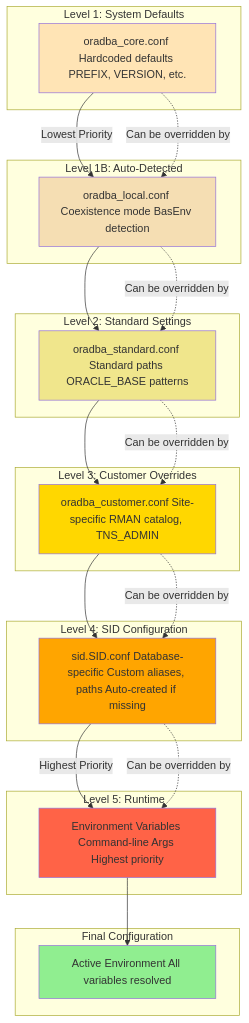
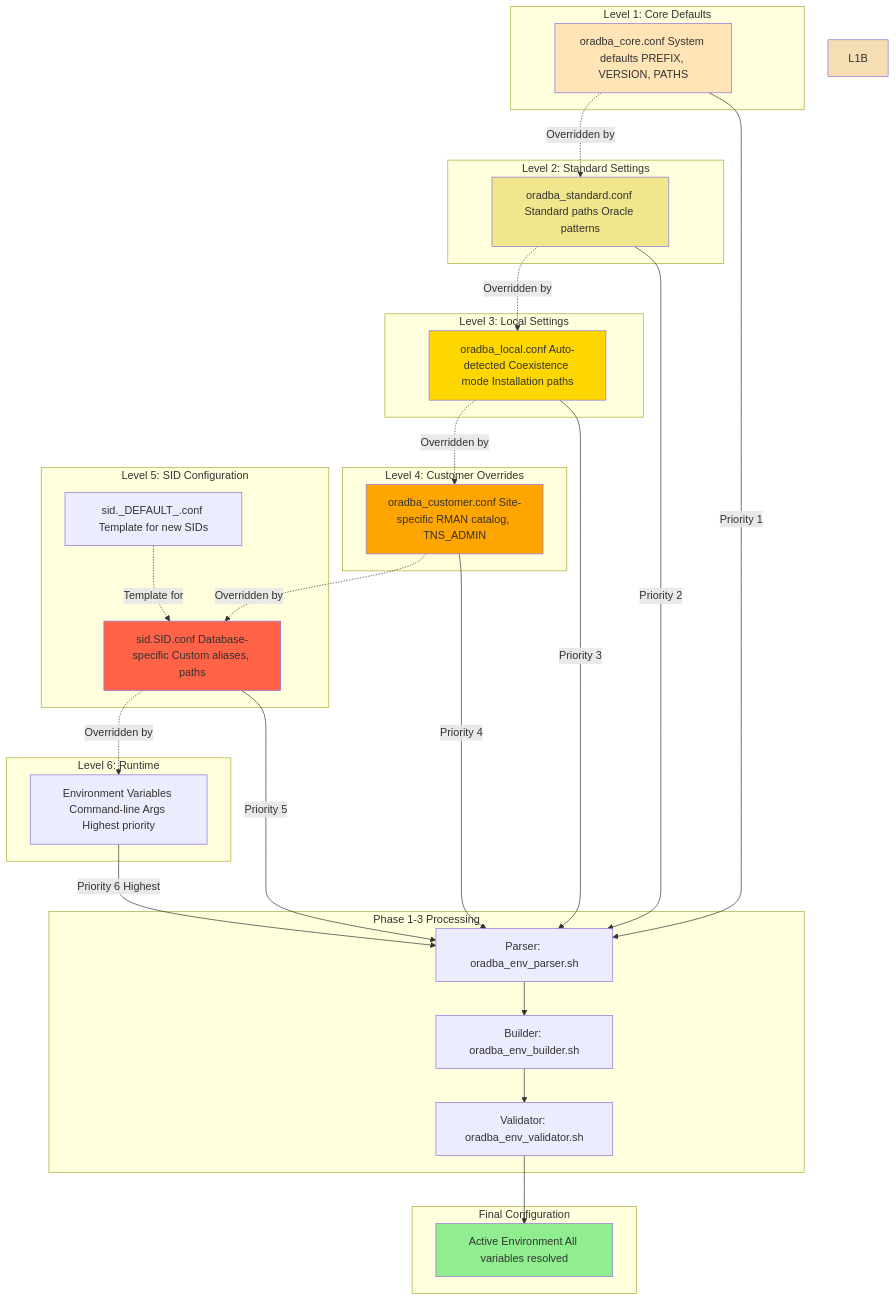
Before and after one commit to oehrlis/oradba: the eighth of 13 diagrams in doc/images/source/diagrams-mermaid.md, drawn with Mermaid. The commit also changed other lines of this file, not shown here.

First line of the commit message:
Phase 5.3: Update Mermaid diagrams for Phase 1-4 configuration system

````diff
--- a/doc/images/source/diagrams-mermaid.md
+++ b/doc/images/source/diagrams-mermaid.md
@@ -449,51 +476,63 @@
 ```mermaid
 flowchart TB
-    subgraph Level1["Level 1: System Defaults"]
-        L1[oradba_core.conf Hardcoded defaults PREFIX, VERSION, etc.]
+    subgraph Processing["Phase 1-3 Processing"]
+        P1[Parser: oradba_env_parser.sh]
+        P2[Builder: oradba_env_builder.sh]
+        P3[Validator: oradba_env_validator.sh]
     end
     
-    subgraph Level1B["Level 1B: Auto-Detected"]
-        L1B[oradba_local.conf Coexistence mode BasEnv detection]
+    subgraph Level1["Level 1: Core Defaults"]
+        L1[oradba_core.conf System defaults PREFIX, VERSION, PATHS]
     end
     
     subgraph Level2["Level 2: Standard Settings"]
-        L2[oradba_standard.conf Standard paths ORACLE_BASE patterns]
+        L2[oradba_standard.conf Standard paths Oracle patterns]
     end
     
-    subgraph Level3["Level 3: Customer Overrides"]
-        L3[oradba_customer.conf Site-specific RMAN catalog, TNS_ADMIN]
+    subgraph Level3["Level 3: Local Settings"]
+        L3[oradba_local.conf Auto-detected Coexistence mode Installation paths]
     end
     
-    subgraph Level4["Level 4: SID Configuration"]
-        L4[sid.SID.conf Database-specific Custom aliases, paths Auto-created if missing]
+    subgraph Level4["Level 4: Customer Overrides"]
+        L4[oradba_customer.conf Site-specific RMAN catalog, TNS_ADMIN]
     end
     
-    subgraph Level5["Level 5: Runtime"]
-        L5[Environment Variables Command-line Args Highest priority]
+    subgraph Level5["Level 5: SID Configuration"]
+        L5[sid.SID.conf Database-specific Custom aliases, paths]
+        L5D[sid._DEFAULT_.conf Template for new SIDs]
+    end
+    
+    subgraph Level6["Level 6: Runtime"]
+        L6[Environment Variables Command-line Args Highest priority]
     end
     
     subgraph Result["Final Configuration"]
         R[Active Environment All variables resolved]
     end
     
-    L1 -->|Lowest Priority| L1B
-    L1B --> L2
-    L2 --> L3
-    L3 --> L4
-    L4 -->|Highest Priority| L5
-    L5 --> R
+    L1 -->|Priority 1| P1
+    L2 -->|Priority 2| P1
+    L3 -->|Priority 3| P1
+    L4 -->|Priority 4| P1
+    L5 -->|Priority 5| P1
+    L5D -.->|Template for| L5
+    L6 -->|Priority 6 Highest| P1
     
-    L1 -.->|Can be overridden by| L1B
-    L1B -.->|Can be overridden by| L2
-    L2 -.->|Can be overridden by| L3
-    L3 -.->|Can be overridden by| L4
-    L4 -.->|Can be overridden by| L5
+    P1 --> P2
+    P2 --> P3
+    P3 --> R
+    
+    L1 -.->|Overridden by| L2
+    L2 -.->|Overridden by| L3
+    L3 -.->|Overridden by| L4
+    L4 -.->|Overridden by| L5
+    L5 -.->|Overridden by| L6
     
     style L1 fill:#FFE4B5
     style L1B fill:#F5DEB3
     style L2 fill:#F0E68C
     style L3 fill:#FFD700
     style L4 fill:#FFA500
     style L5 fill:#FF6347
     style R fill:#90EE90
 ```
````
